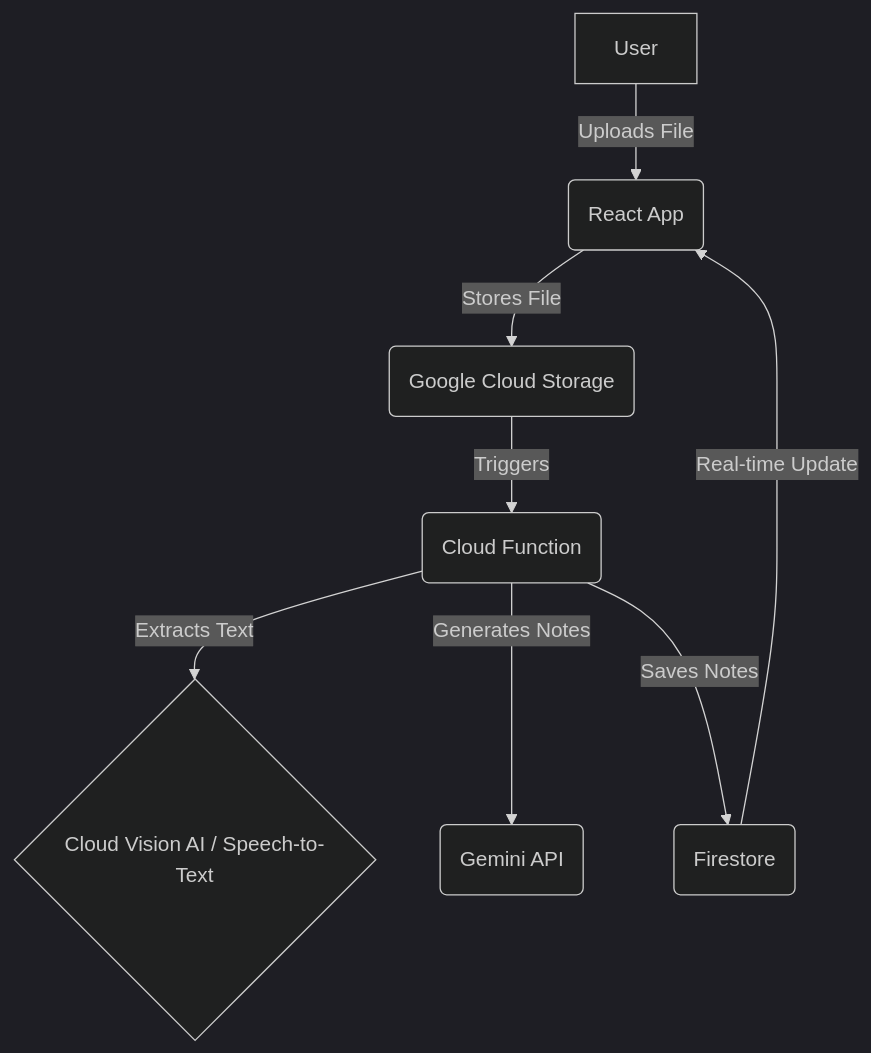
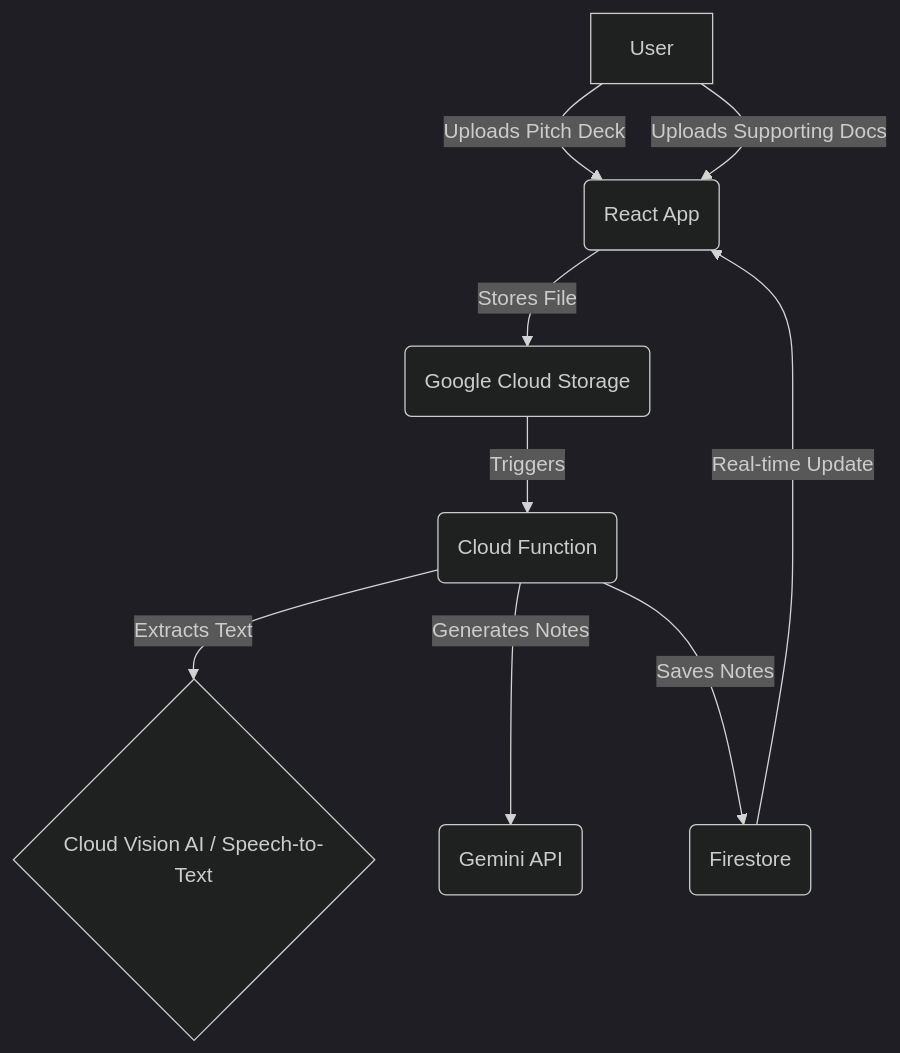
The first of 2 diagrams in usecase1.md (bakiyaa/AI-startup-Evaluator), drawn with Mermaid (dark theme) before and after one commit. The commit also changed other lines of this file and 8 other files, not shown here.

````diff
--- a/usecase1.md
+++ b/usecase1.md
@@ -9,10 +13,11 @@
 ```mermaid
 graph TD
-    A[User] -->|Uploads File| B(React App)
+    A[User] -->|Uploads Pitch Deck| B(React App)
+    A -->|Uploads Supporting Docs| B
     B -->|Stores File| C(Google Cloud Storage)
     C -->|Triggers| D(Cloud Function)
     D -->|Extracts Text| E{Cloud Vision AI / Speech-to-Text}
     D -->|Generates Notes| F(Gemini API)
     D -->|Saves Notes| G(Firestore)
     G -->|Real-time Update| B
 ```
````
